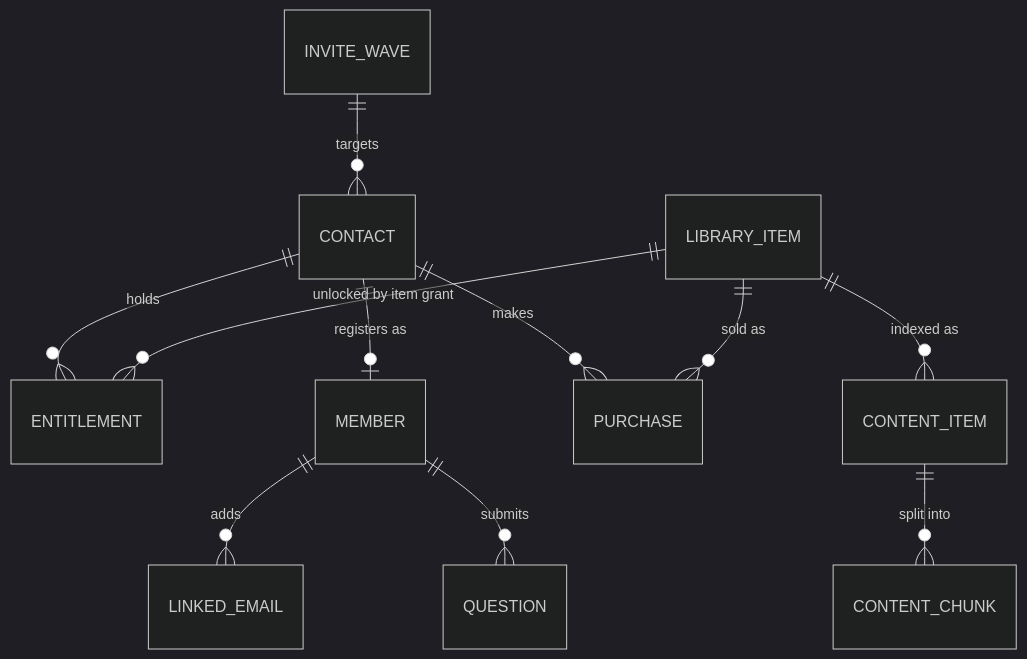
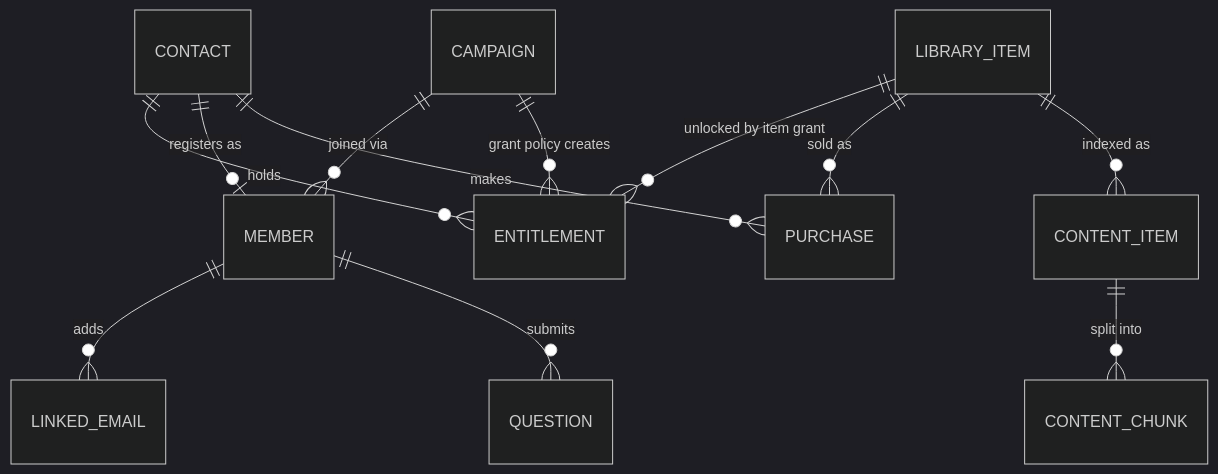
One commit to elenaokhonko-eng/audhd-research-platform changed the second of 2 diagrams in docs/architecture/09-events-and-data-model.md. Above: the diagram before and after it, drawn with Mermaid (dark theme). The commit also changed other lines of this file and 7 other files, not shown here.

````diff
--- a/docs/architecture/09-events-and-data-model.md
+++ b/docs/architecture/09-events-and-data-model.md
@@ -47,13 +47,14 @@
 ```mermaid
 erDiagram
   CONTACT ||--o{ ENTITLEMENT : holds
   CONTACT ||--o| MEMBER : "registers as"
   CONTACT ||--o{ PURCHASE : makes
   MEMBER ||--o{ LINKED_EMAIL : adds
   LIBRARY_ITEM ||--o{ ENTITLEMENT : "unlocked by item grant"
   LIBRARY_ITEM ||--o{ PURCHASE : "sold as"
   LIBRARY_ITEM ||--o{ CONTENT_ITEM : "indexed as"
   CONTENT_ITEM ||--o{ CONTENT_CHUNK : "split into"
   MEMBER ||--o{ QUESTION : submits
-  INVITE_WAVE ||--o{ CONTACT : targets
+  CAMPAIGN ||--o{ MEMBER : "joined via"
+  CAMPAIGN ||--o{ ENTITLEMENT : "grant policy creates"
 ```
````
